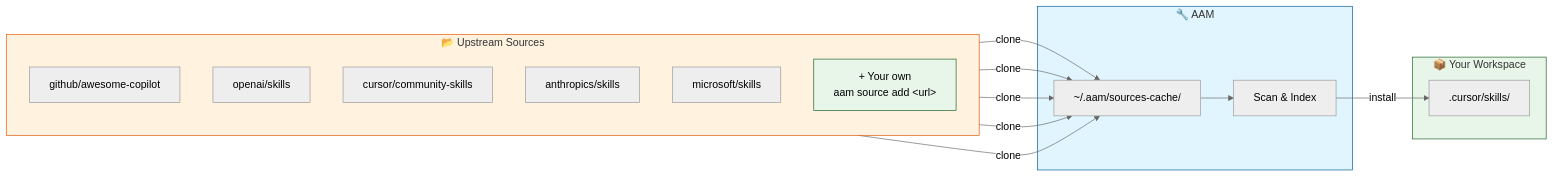
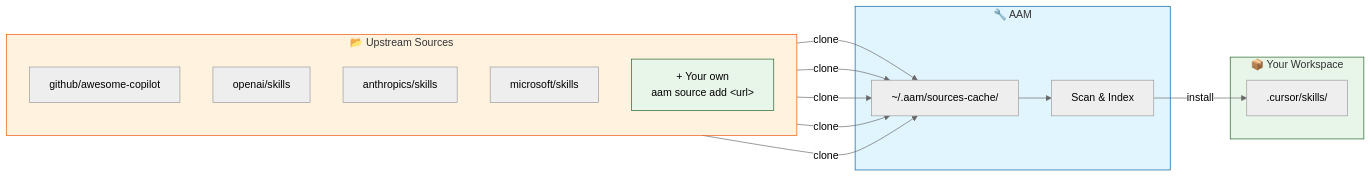
Before and after one commit to spazyCZ/agent-package-manager: the second of 2 diagrams in README.md, drawn with Mermaid (neutral theme). The commit also changed other lines of this file, not shown here.

````diff
--- a/README.md
+++ b/README.md
@@ -164,35 +117,34 @@
 ```mermaid
 flowchart LR
     subgraph Upstreams["📂 Upstream Sources"]
         direction TB
         A["github/awesome-copilot"]
         B["openai/skills"]
-        C["cursor/community-skills"]
-        D["anthropics/skills"]
-        E["microsoft/skills"]
+        C["anthropics/skills"]
+        D["microsoft/skills"]
         Custom["+ Your own<br/>aam source add &lt;url&gt;"]
     end
 
     subgraph AAM["🔧 AAM"]
         Cache["~/.aam/sources-cache/"]
         Scan["Scan & Index"]
         Cache --> Scan
     end
 
     subgraph Deploy["📦 Your Workspace"]
         Cursor[".cursor/skills/"]
     end
 
     A -->|clone| Cache
     B -->|clone| Cache
     C -->|clone| Cache
     D -->|clone| Cache
     Custom -->|clone| Cache
 
     Scan -->|install| Cursor
 
     style Upstreams fill:#fff3e0,stroke:#e65100
     style Custom fill:#e8f5e9,stroke:#1b5e20
     style AAM fill:#e1f5fe,stroke:#01579b
     style Deploy fill:#e8f5e9,stroke:#1b5e20
 ```
````
